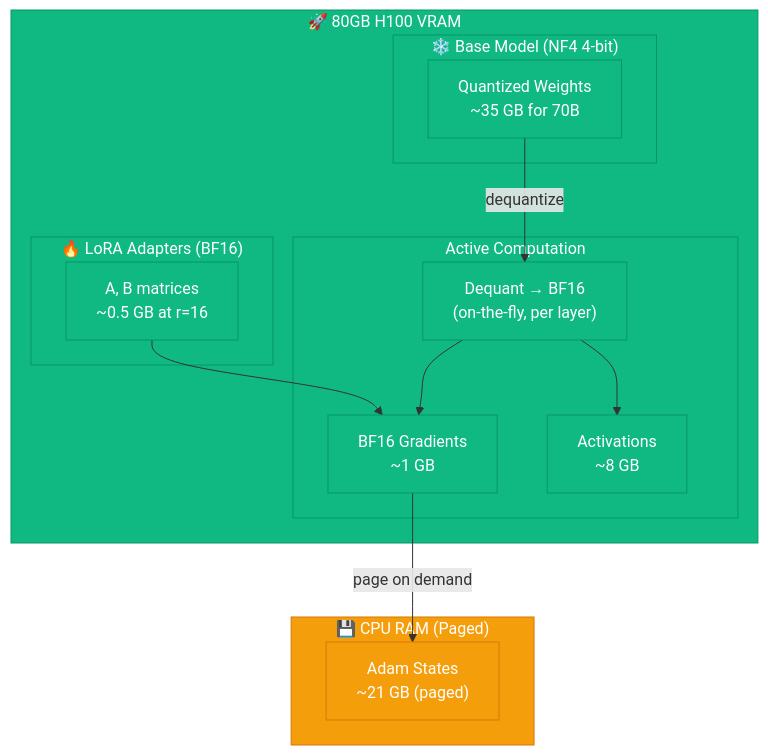
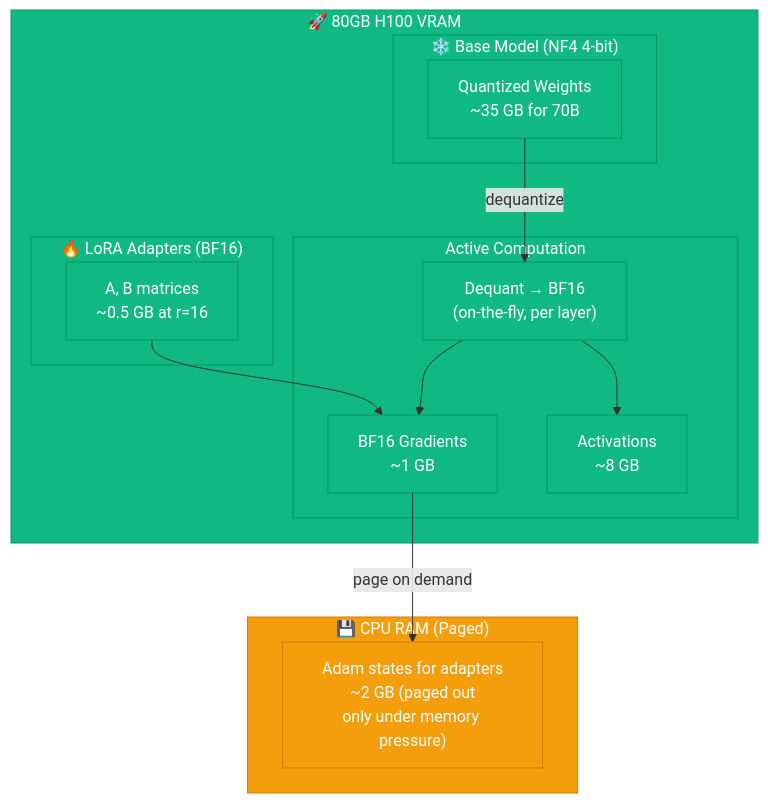
One commit to gopikrishtummala/gopikrishtummala.github.io changed the fourth of 6 diagrams in src/data/blog/mlops/modern-post-training-peft-2026.md. Above: the diagram before and after it, drawn with Mermaid. The commit also changed other lines of this file and 7 other files, not shown here.

````diff
--- a/src/data/blog/mlops/modern-post-training-peft-2026.md
+++ b/src/data/blog/mlops/modern-post-training-peft-2026.md
@@ -223,30 +257,30 @@
 ```mermaid
 graph TD
     subgraph VRAM["🚀 80GB H100 VRAM"]
         subgraph Base["❄️ Base Model (NF4 4-bit)"]
             Q_W["Quantized Weights\n~35 GB for 70B"]
         end
         subgraph Adapter["🔥 LoRA Adapters (BF16)"]
             A_B["A, B matrices\n~0.5 GB at r=16"]
         end
         subgraph Active["Active Computation"]
             BF16_Cast["Dequant → BF16\n(on-the-fly, per layer)"]
             Grads["BF16 Gradients\n~1 GB"]
             Acts["Activations\n~8 GB"]
         end
     end
 
     subgraph RAM["💾 CPU RAM (Paged)"]
-        Opt["Adam States\n~21 GB (paged)"]
+        Opt["Adam states for adapters\n~2 GB (paged out\nonly under memory pressure)"]
     end
 
     Q_W -->|"dequantize"| BF16_Cast
     BF16_Cast --> Grads & Acts
     A_B --> Grads
     Grads -->|"page on demand"| Opt
 
     classDef gpu fill:#10b981,color:#fff,stroke:#059669
     classDef cpu fill:#f59e0b,color:#fff,stroke:#d97706
     class VRAM,Base,Adapter,Active,Q_W,A_B,BF16_Cast,Grads,Acts gpu
     class RAM,Opt cpu
 ```
````
